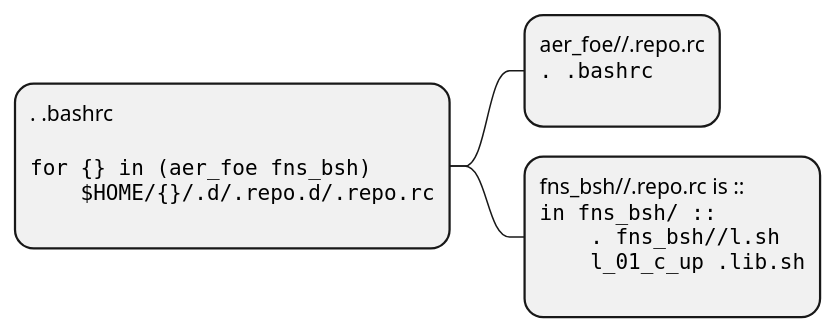
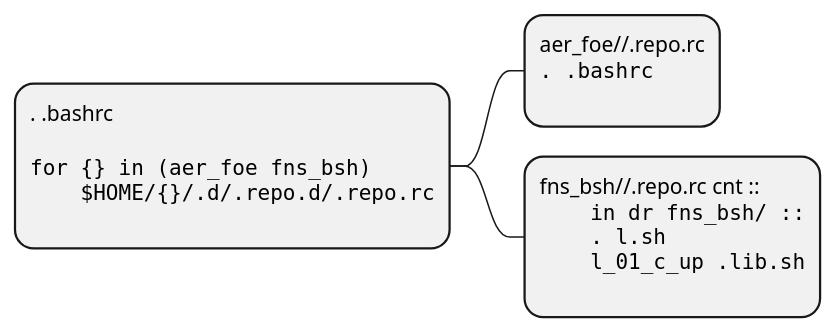
The diagram in .d/.this/init1.puml (legioner9/aer_foe), drawn with PlantUML before and after one commit. The commit also changed 6 other files, not shown here.

```diff
--- a/.d/.this/init1.puml
+++ b/.d/.this/init1.puml
@@ -1,21 +1,21 @@
 @startmindmap
 *:. .bashrc
 
 <code>
 for {} in (aer_foe fns_bsh)
     $HOME/{}/.d/.repo.d/.repo.rc
 </code>
 ;
 **:aer_foe//.repo.rc
 <code>
 . .bashrc
 </code>
 ;
-**:fns_bsh//.repo.rc is ::
+**:fns_bsh//.repo.rc cnt ::
 <code>
-in fns_bsh/ ::
-    . fns_bsh//l.sh
+    in dr fns_bsh/ ::
+    . l.sh
     l_01_c_up .lib.sh
 </code>
 ;
 @endmindmap
```
